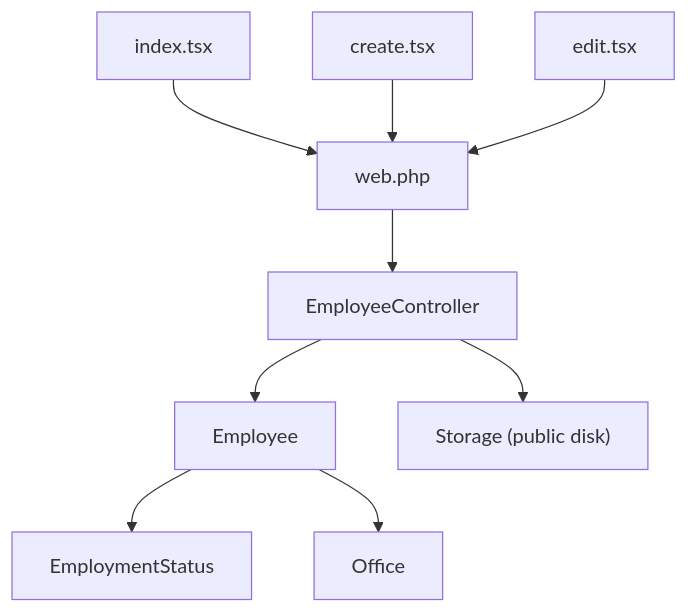
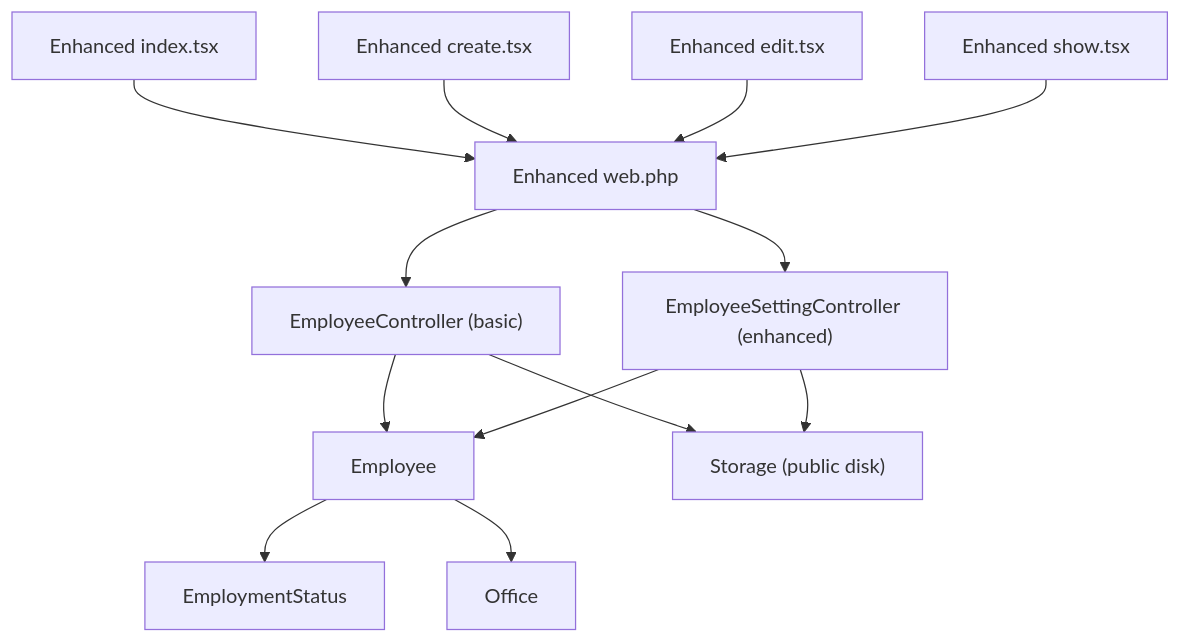
The eighth of 8 diagrams in .qoder/repowiki/en/content/Employee Management/Employee CRUD Operations.md (vincet0t15/template), drawn with Mermaid before and after one commit. The commit also changed other lines of this file and 7 other files, not shown here.

````diff
--- a/.qoder/repowiki/en/content/Employee Management/Employee CRUD Operations.md
+++ b/.qoder/repowiki/en/content/Employee Management/Employee CRUD Operations.md
@@ -344,11 +398,15 @@
 ```mermaid
 graph TB
-FEI["index.tsx"] --> RT["web.php"]
-FEC["create.tsx"] --> RT
-FEE["edit.tsx"] --> RT
-RT --> CTRL["EmployeeController"]
-CTRL --> MODEL["Employee"]
-CTRL --> STORE["Storage (public disk)"]
+FEI["Enhanced index.tsx"] --> RT["Enhanced web.php"]
+FEC["Enhanced create.tsx"] --> RT
+FEE["Enhanced edit.tsx"] --> RT
+FES["Enhanced show.tsx"] --> RT
+RT --> CTRL1["EmployeeController (basic)"]
+RT --> CTRL2["EmployeeSettingController (enhanced)"]
+CTRL1 --> MODEL["Employee"]
+CTRL2 --> MODEL
+CTRL1 --> STORE["Storage (public disk)"]
+CTRL2 --> STORE
 MODEL --> REL1["EmploymentStatus"]
 MODEL --> REL2["Office"]
 ```
````
